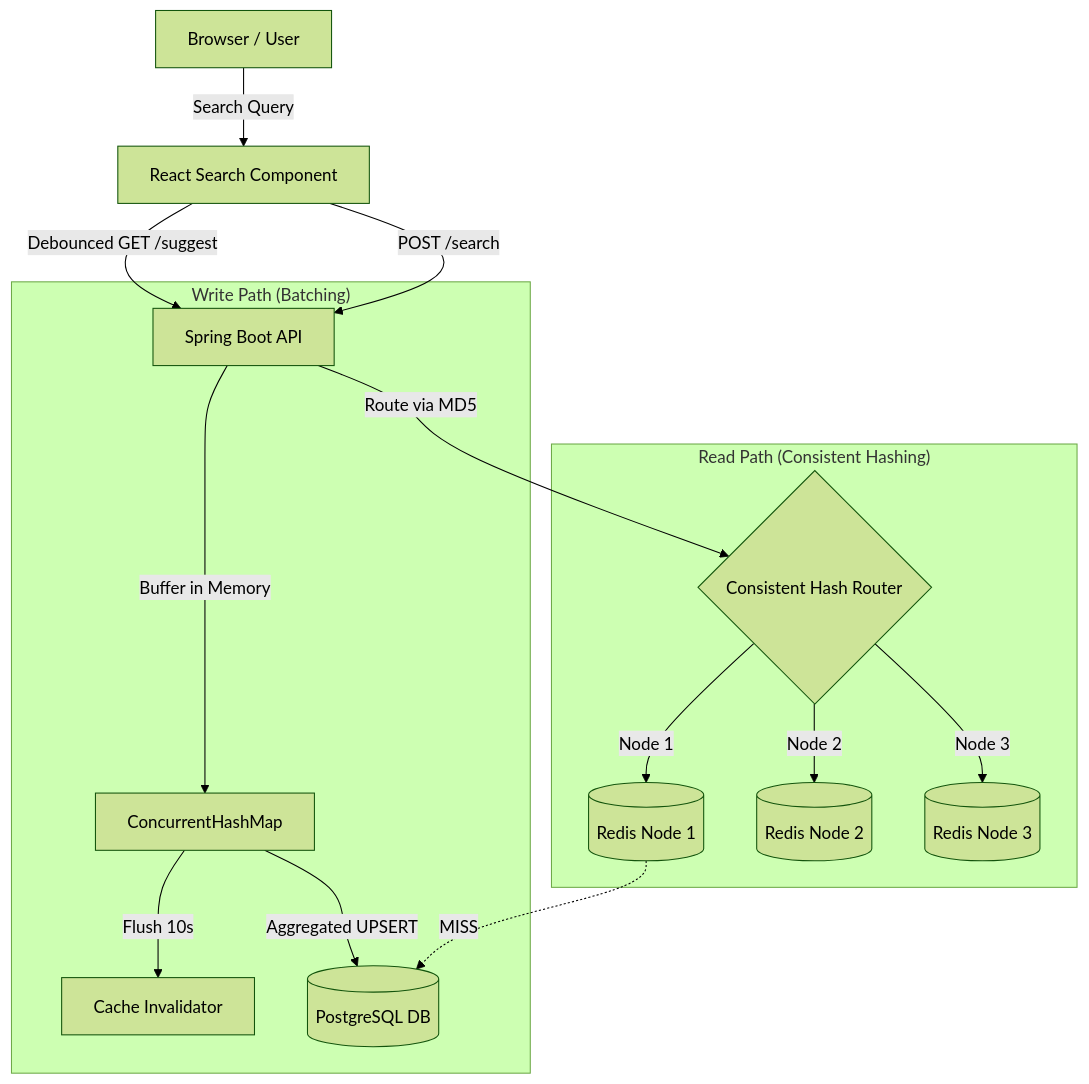
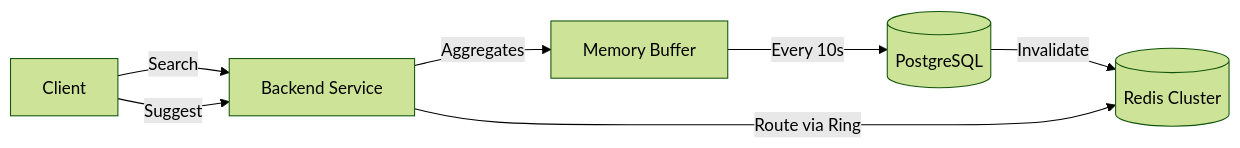
The diagram in search-typeahead/README.md (Nandani2024-tech/Search_TypeAhead_HLD), drawn with Mermaid (forest theme) before and after one commit. The commit also changed other lines of this file, not shown here.

````diff
--- a/search-typeahead/README.md
+++ b/search-typeahead/README.md
@@ -42,20 +71,9 @@
 ```mermaid
-graph TD
-    User[Browser / User] -->|Search Query| Frontend[React Search Component]
-    Frontend -->|Debounced GET /suggest| Backend[Spring Boot API]
-    Frontend -->|POST /search| Backend
-    
-    subgraph "Write Path (Batching)"
-        Backend -->|Buffer in Memory| Map[ConcurrentHashMap]
-        Map -->|Flush 10s| CacheInvalidator[Cache Invalidator]
-        Map -->|Aggregated UPSERT| Postgres[(PostgreSQL DB)]
-    end
-    
-    subgraph "Read Path (Consistent Hashing)"
-        Backend -->|Route via MD5| CHRouter{Consistent Hash Router}
-        CHRouter -->|Node 1| Redis1[(Redis Node 1)]
-        CHRouter -->|Node 2| Redis2[(Redis Node 2)]
-        CHRouter -->|Node 3| Redis3[(Redis Node 3)]
-        Redis1 -.->|MISS| Postgres
-    end
+graph LR
+    User[Client] -->|Search| API[Backend Service]
+    API -->|Aggregates| Buffer[Memory Buffer]
+    Buffer -->|Every 10s| DB[(PostgreSQL)]
+    DB -->|Invalidate| Cache[(Redis Cluster)]
+    User -->|Suggest| API
+    API -->|Route via Ring| Cache
 ```
````
